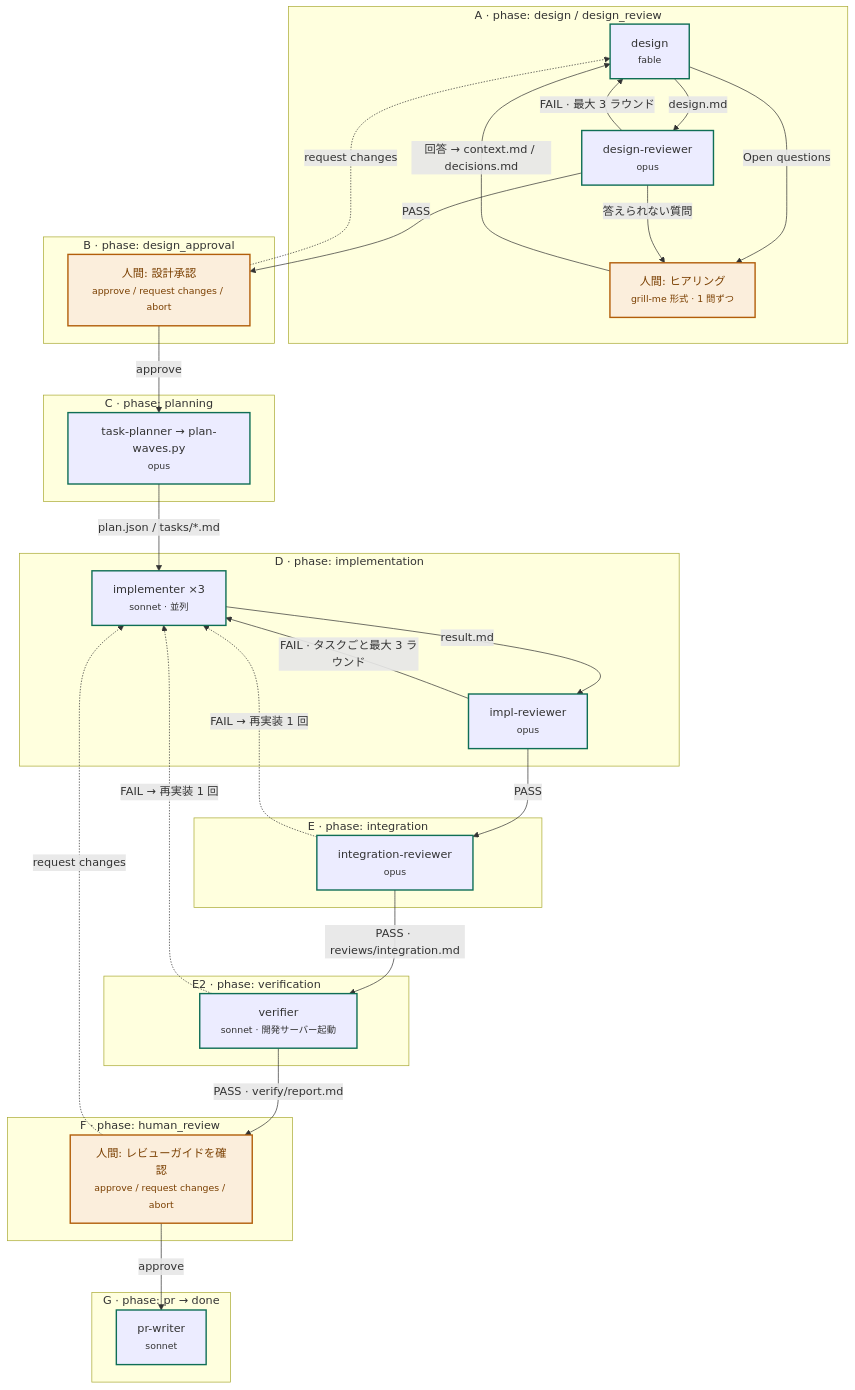
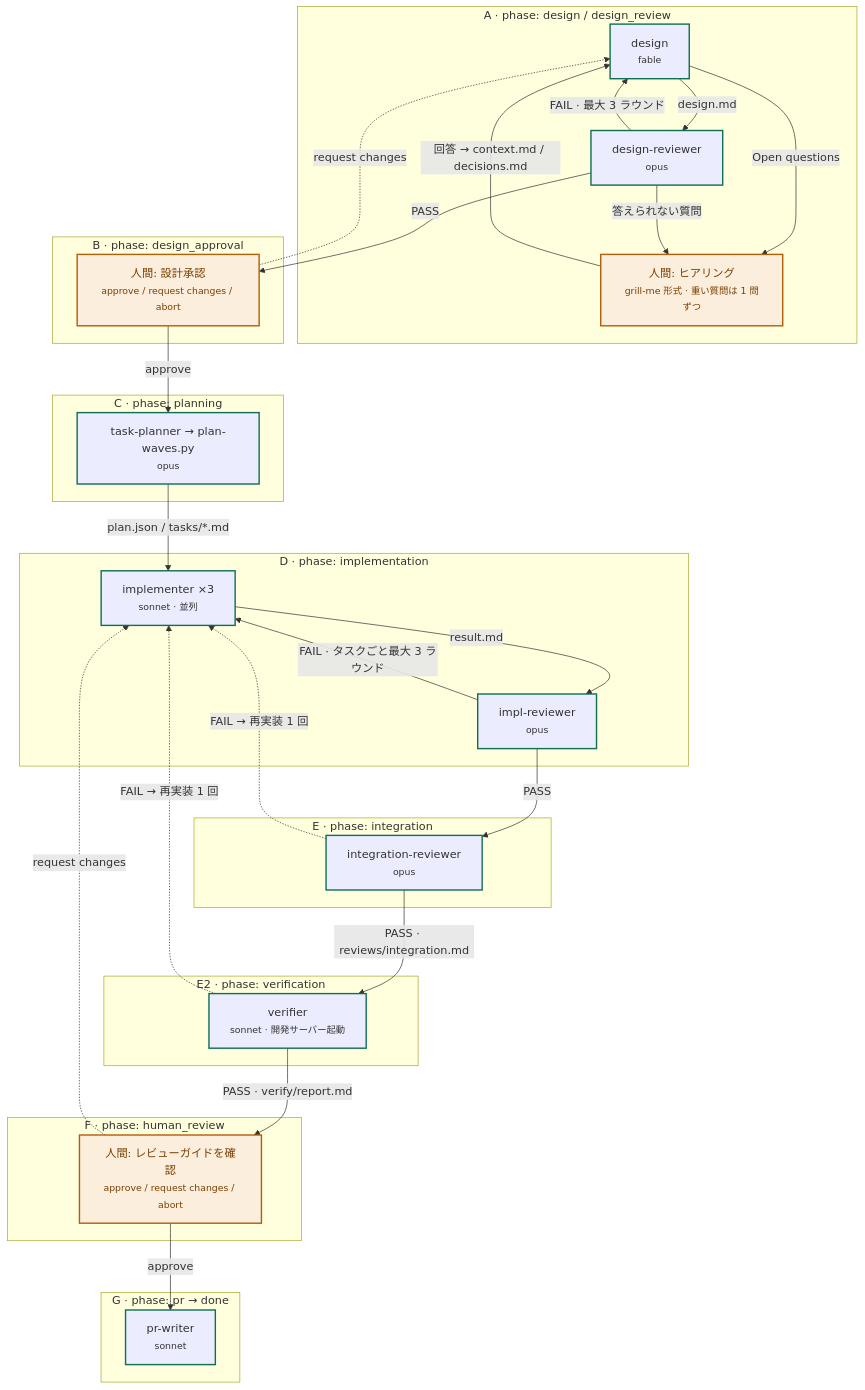
One commit to tamashiro-syuta/tama-cc-kit changed the third of 12 diagrams in docs/tama-cc-devflow.md. Above: the diagram before and after it, drawn with Mermaid. The commit also changed other lines of this file and 8 other files, not shown here.

````diff
--- a/docs/tama-cc-devflow.md
+++ b/docs/tama-cc-devflow.md
@@ -107,59 +108,59 @@
 ```mermaid
 flowchart TD
     classDef agent stroke:#0f6e56,stroke-width:2px
     classDef human fill:#fbeedc,stroke:#b25e0a,stroke-width:2px,color:#7a3f00
 
     subgraph A["A · phase: design / design_review"]
         design["design<br/><small>fable</small>"]:::agent
         dreview["design-reviewer<br/><small>opus</small>"]:::agent
-        interview["人間: ヒアリング<br/><small>grill-me 形式 · 1 問ずつ</small>"]:::human
+        interview["人間: ヒアリング<br/><small>grill-me 形式 · 重い質問は 1 問ずつ</small>"]:::human
         design -- design.md --> dreview
         dreview -- FAIL · 最大 3 ラウンド --> design
         design -- Open questions --> interview
         dreview -- 答えられない質問 --> interview
         interview -- "回答 → context.md / decisions.md" --> design
     end
 
     subgraph B["B · phase: design_approval"]
         approve["人間: 設計承認<br/><small>approve / request changes / abort</small>"]:::human
     end
 
     subgraph C["C · phase: planning"]
         planner["task-planner → plan-waves.py<br/><small>opus</small>"]:::agent
     end
 
     subgraph D["D · phase: implementation"]
         impl["implementer ×3<br/><small>sonnet · 並列</small>"]:::agent
         ireview["impl-reviewer<br/><small>opus</small>"]:::agent
         impl -- result.md --> ireview
         ireview -- FAIL · タスクごと最大 3 ラウンド --> impl
     end
 
     subgraph E["E · phase: integration"]
         integ["integration-reviewer<br/><small>opus</small>"]:::agent
     end
 
     subgraph E2["E2 · phase: verification"]
         verify["verifier<br/><small>sonnet · 開発サーバー起動</small>"]:::agent
     end
 
     subgraph F["F · phase: human_review"]
         hreview["人間: レビューガイドを確認<br/><small>approve / request changes / abort</small>"]:::human
     end
 
     subgraph G["G · phase: pr → done"]
         prw["pr-writer<br/><small>sonnet</small>"]:::agent
     end
 
     dreview -- PASS --> approve
     approve -- approve --> planner
     approve -. request changes .-> design
     planner -- "plan.json / tasks/*.md" --> impl
     ireview -- PASS --> integ
     integ -. FAIL → 再実装 1 回 .-> impl
     integ -- PASS · reviews/integration.md --> verify
     verify -. "FAIL → 再実装 1 回" .-> impl
     verify -- "PASS · verify/report.md" --> hreview
     hreview -- approve --> prw
     hreview -. request changes .-> impl
 ```
````
